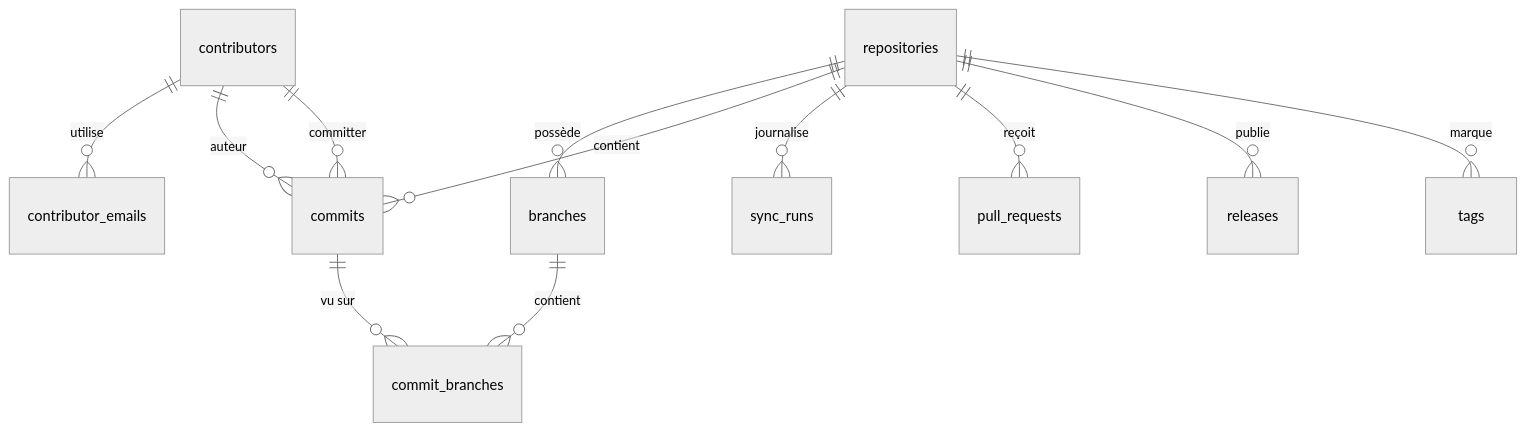
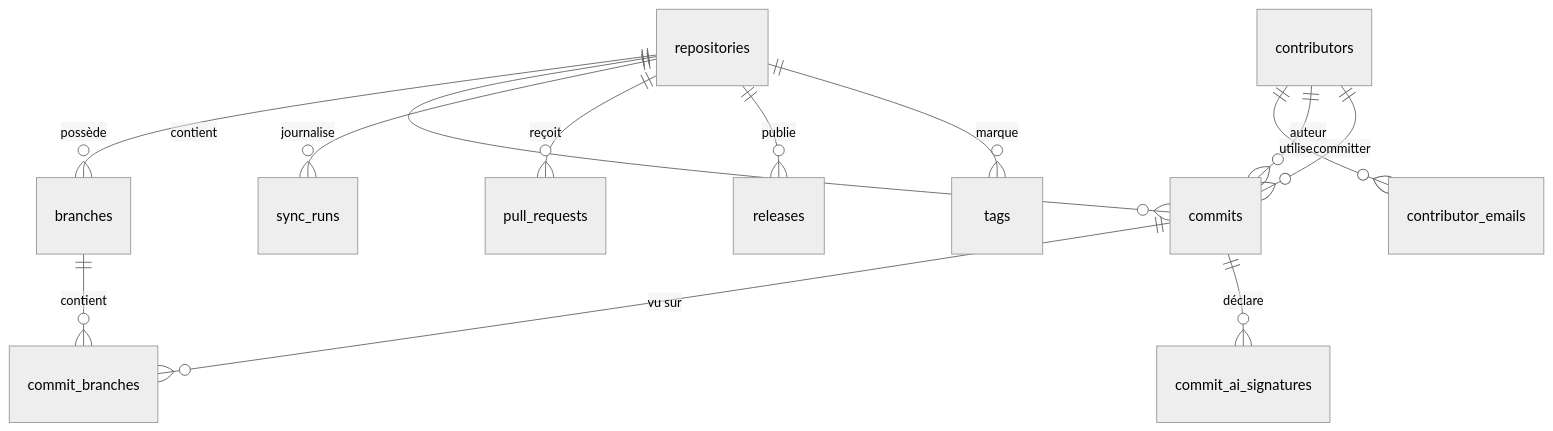
The diagram in documentation/fr/04-modele-donnees.md (studoo-app/watchoo), drawn with Mermaid (neutral theme) before and after one commit. The commit also changed other lines of this file and 18 other files, not shown here.

Commit message:
docs: signatures d'IA déclarées dans les commits (1.1.0)

````diff
--- a/documentation/fr/04-modele-donnees.md
+++ b/documentation/fr/04-modele-donnees.md
@@ -16,14 +17,15 @@
 ```mermaid
 erDiagram
     repositories ||--o{ branches : "possède"
     repositories ||--o{ commits : "contient"
     repositories ||--o{ sync_runs : "journalise"
     repositories ||--o{ pull_requests : "reçoit"
     repositories ||--o{ releases : "publie"
     repositories ||--o{ tags : "marque"
     commits ||--o{ commit_branches : "vu sur"
+    commits ||--o{ commit_ai_signatures : "déclare"
     branches ||--o{ commit_branches : "contient"
     contributors ||--o{ contributor_emails : "utilise"
     contributors ||--o{ commits : "auteur"
     contributors ||--o{ commits : "committer"
 ```
````
